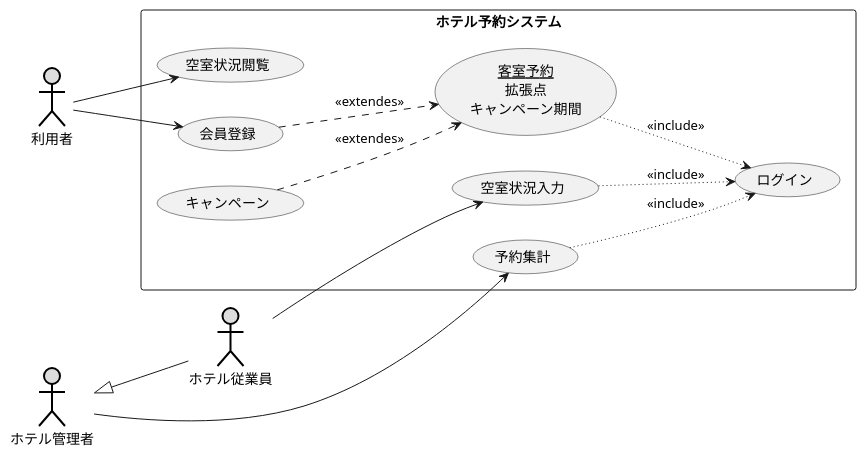
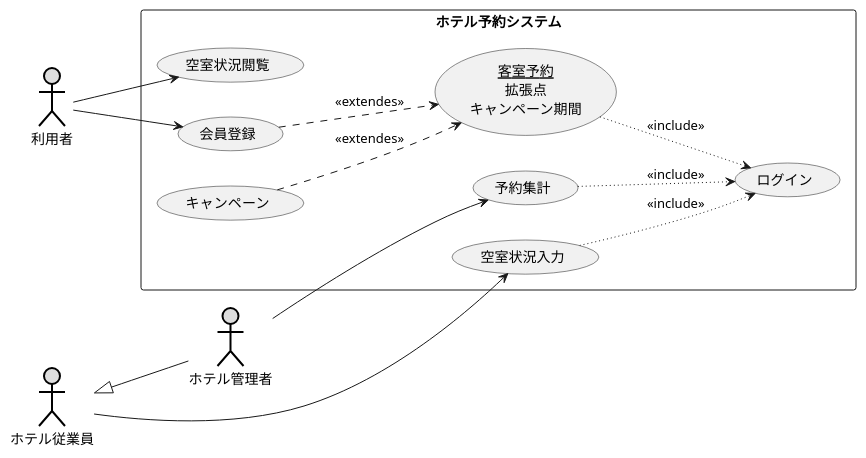
One commit to orenouserNamehaKawamura1/uml-introduction changed the diagram in 演習2-8_UC_ホテル予約システム.pu. Above: the diagram before and after it, drawn with PlantUML.

Commit message:
修正

```diff
--- a/演習2-8_UC_ホテル予約システム.pu
+++ b/演習2-8_UC_ホテル予約システム.pu
@@ -1,26 +1,26 @@
 @startuml 演習2-8
     left to right direction
     actor 利用者 as user #DDDDDD;line:black;line.bold;
     actor ホテル従業員 as employee #DDDDDD;line:black;line.bold;
     actor ホテル管理者 as admin #DDDDDD;line:black;line.bold;
     rectangle ホテル予約システム{
         usecase ログイン as login
         usecase 空室状況閲覧 as reading
         usecase 空室状況入力 as input
         usecase (<u>客室予約</u>\n拡張点\nキャンペーン期間) as reserve
         usecase 予約集計 as aggregation
         usecase 会員登録 as register
         usecase キャンペーン
     }
     user --> register
     キャンペーン -[dashed]-> reserve : <<extendes>>
     reserve -[dotted]-> login : <<include>>
     register -[dashed]-> reserve : <<extendes>>
     input -[dotted]-> login : <<include>>
     aggregation -[dotted]-> login : <<include>>
     user --> reading
     employee --> input
     admin --> aggregation
-    admin <|-- employee 
+    employee  <|-- admin 
 
 @enduml
```
